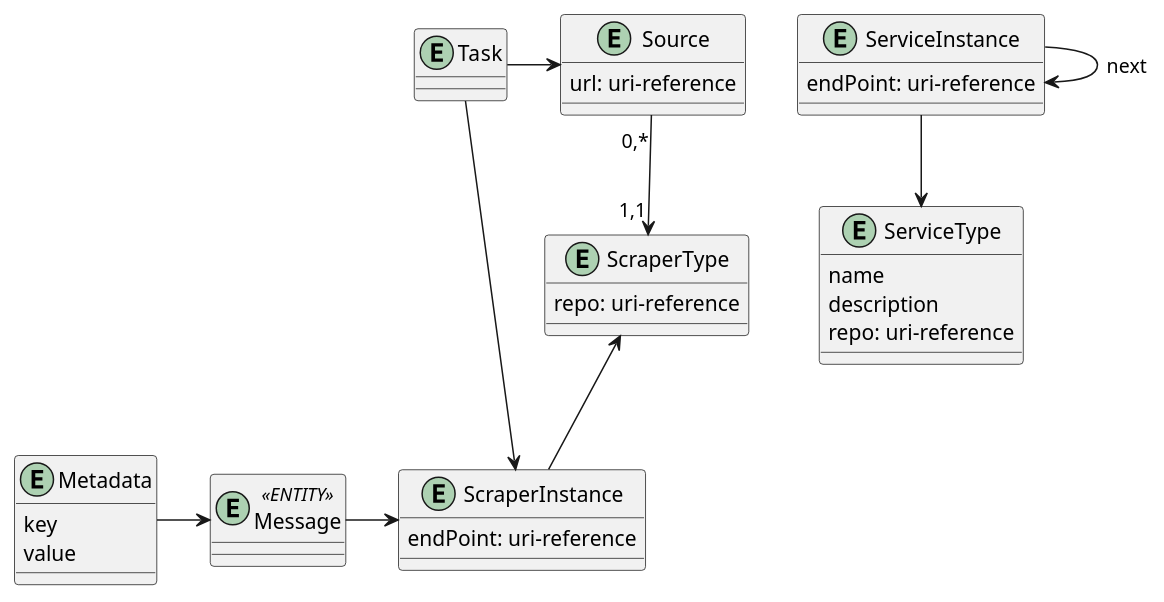
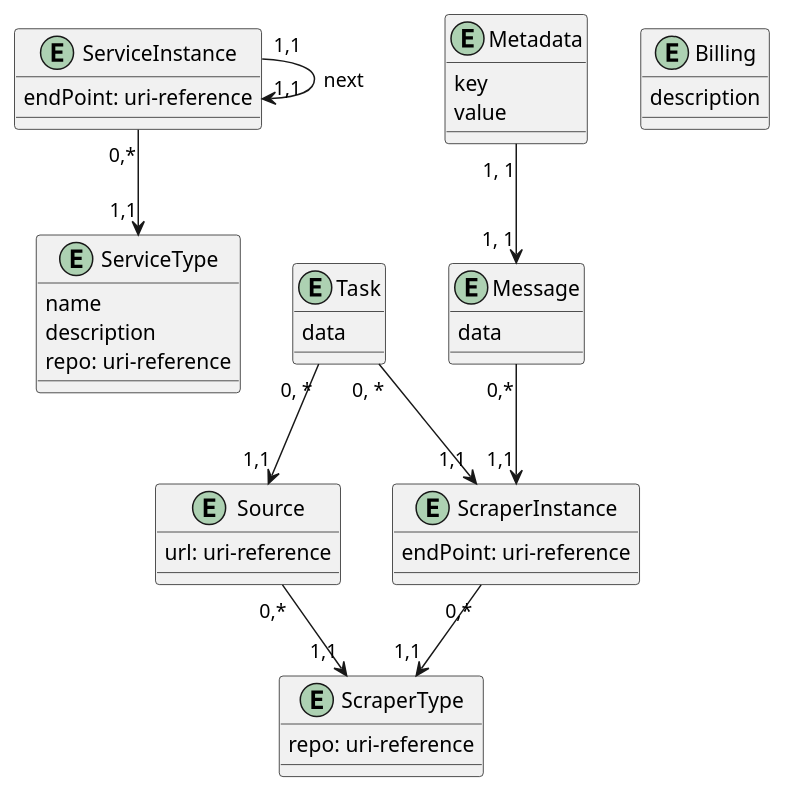
Before and after one commit to Pashhaa/media-content-analyze-system: the second of 2 diagrams in docs/design/README.md, drawn with PlantUML. The commit also changed other lines of this file, not shown here.

Commit message:
fix er-diagrams

```diff
--- a/docs/design/README.md
+++ b/docs/design/README.md
@@ -47,51 +47,56 @@
 @startuml
 
-  entity Message <<ENTITY>> {
+  entity Billing {
+    description
+  }
+
+  entity Message {
+  data
   }
   
   entity Metadata {
     key
     value
   }
   
   entity Source {
     url: uri-reference
   }
   
   entity ScraperType {
     repo: uri-reference
   }
   
   entity ScraperInstance {
     endPoint: uri-reference
   }
   
   entity Task {
-  
+    data
   }
   
   entity ServiceType {
     name
     description
     repo: uri-reference
   }
 
   entity ServiceInstance {
     endPoint: uri-reference
   }
   
-  ServiceInstance --> ServiceType
-  ServiceInstance -> ServiceInstance : next 
+  ServiceInstance "0,*" --> "1,1" ServiceType
+  ServiceInstance "1,1" -> "1,1" ServiceInstance : next 
   
   
   Source "0,*" --> "1,1" ScraperType 
-  ScraperInstance -u-> ScraperType
+  ScraperInstance "0,*" --> "1,1" ScraperType
   
-  Message -> ScraperInstance
+  Message "0,*" --> "1,1" ScraperInstance
   
-  Metadata -> Message
+  Metadata "1, 1" --> "1, 1" Message
   
-  Task -> Source
-  Task -> ScraperInstance
+  Task "0, *" --> "1,1" Source
+  Task "0, *" -> "1,1" ScraperInstance
   
 @enduml
```
